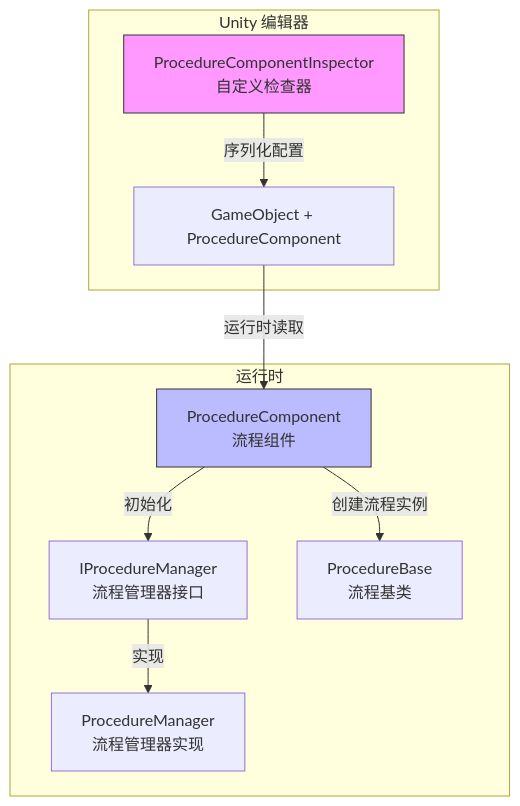
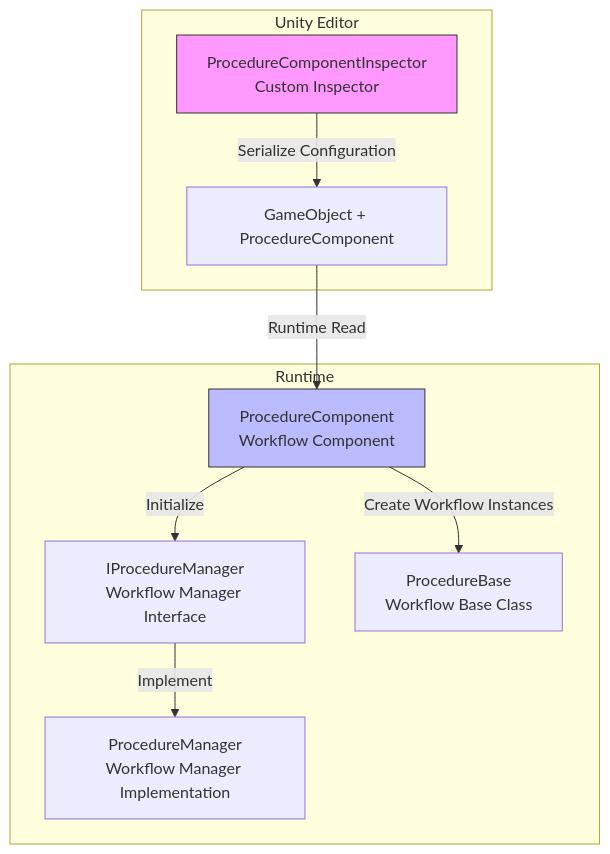
One commit to AlianBlank/GameFrameX.Docs changed the first of 2 diagrams in docs/en/client/unity/component/procedure/10.editor-usage.md. Above: the diagram before and after it, drawn with Mermaid. The commit also changed other lines of this file and 242 other files, not shown here.

First line of the commit message:
docs(en/unity/component): 补全组件目录文档

````diff
--- a/docs/en/client/unity/component/procedure/10.editor-usage.md
+++ b/docs/en/client/unity/component/procedure/10.editor-usage.md
@@ -16,23 +16,23 @@
 ```mermaid
 graph TD
-    subgraph UnityEditor["Unity 编辑器"]
-        Inspector[ProcedureComponentInspector<br/>自定义检查器]
+    subgraph UnityEditor["Unity Editor"]
+        Inspector[ProcedureComponentInspector<br/>Custom Inspector]
         GameObject[GameObject + ProcedureComponent]
     end
 
-    subgraph Runtime["运行时"]
-        Component[ProcedureComponent<br/>流程组件]
-        Manager[IProcedureManager<br/>流程管理器接口]
-        Impl[ProcedureManager<br/>流程管理器实现]
-        Base[ProcedureBase<br/>流程基类]
+    subgraph Runtime["Runtime"]
+        Component[ProcedureComponent<br/>Workflow Component]
+        Manager[IProcedureManager<br/>Workflow Manager Interface]
+        Impl[ProcedureManager<br/>Workflow Manager Implementation]
+        Base[ProcedureBase<br/>Workflow Base Class]
     end
 
-    Inspector --> |"序列化配置"| GameObject
-    GameObject --> |"运行时读取"| Component
-    Component --> |"初始化"| Manager
-    Component --> |"创建流程实例"| Base
-    Manager --> |"实现"| Impl
+    Inspector --> |"Serialize Configuration"| GameObject
+    GameObject --> |"Runtime Read"| Component
+    Component --> |"Initialize"| Manager
+    Component --> |"Create Workflow Instances"| Base
+    Manager --> |"Implement"| Impl
 
     style Inspector fill:#f9f,stroke:#333
     style Component fill:#bbf,stroke:#333
 ```
````
